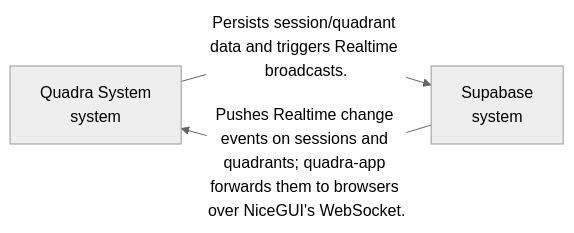
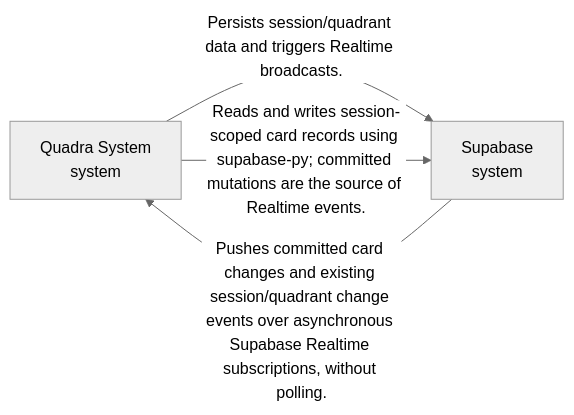
Before and after one commit to marsie-labs/quadra: the first of 3 diagrams in docs/architecture.md, drawn with Mermaid (neutral theme). The commit also changed other lines of this file and 1 other file, not shown here.

Commit message:
docs(architecture): apply SPEC-0002 (workflow 14c9ea5dac3944889d932d7353ef2e92)

````diff
--- a/docs/architecture.md
+++ b/docs/architecture.md
@@ -44,10 +44,11 @@
 ```mermaid
 flowchart LR
 classDef added fill:#c8f7c5,stroke:#2e7d32
 classDef changed fill:#fff3b0,stroke:#b59f00
 classDef removed fill:#f8c8c8,stroke:#c62828
 quadra_system["Quadra System<br/>system"]
 supabase["Supabase<br/>system"]
-quadra_system -->|Persists session/quadrant data and triggers Realtime broadcasts.| supabase
-supabase -->|Pushes Realtime change events on sessions and quadrants; quadra-app forwards them to browsers over NiceGUI's WebSocket.| quadra_system
+quadra_system -->|"Persists session/quadrant data and triggers Realtime broadcasts."| supabase
+quadra_system -->|"Reads and writes session-scoped card records using supabase-py; committed mutations are the source of Realtime events."| supabase
+supabase -->|"Pushes committed card changes and existing session/quadrant change events over asynchronous Supabase Realtime subscriptions, without polling."| quadra_system
 ```
````
